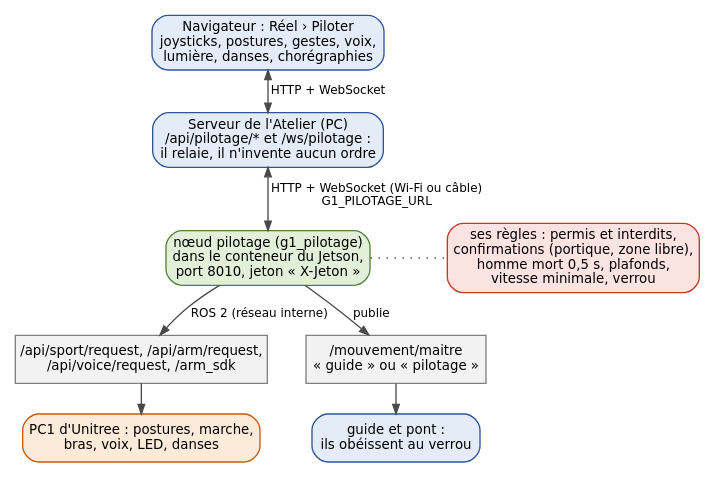
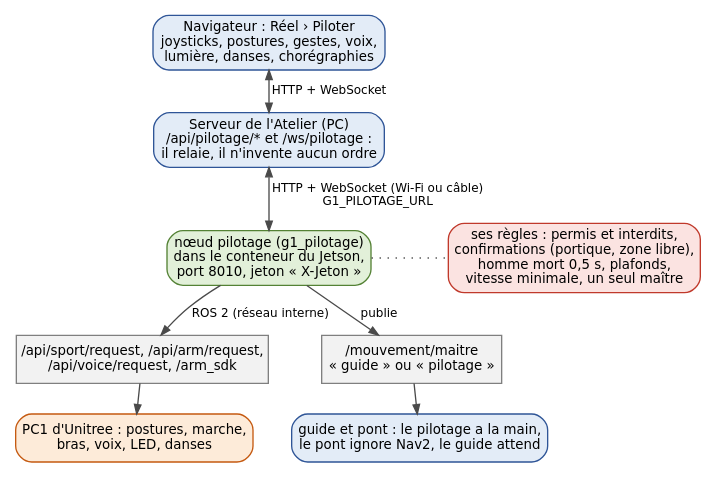
One commit to Toyer719/UnitreeG1edu_ESME changed the diagram in docs/word/sources/logiciel/schemas/pilotage.dot. Above: the diagram before and after it, drawn with Graphviz. The commit also changed 16 other files, not shown here.

```diff
--- a/docs/word/sources/logiciel/schemas/pilotage.dot
+++ b/docs/word/sources/logiciel/schemas/pilotage.dot
@@ -1,26 +1,26 @@
 // Le pilotage : HTTP et WebSocket jusqu'au conteneur (chapitre 8)
 digraph pilotage {
   graph [fontname="DejaVu Sans", fontsize=10.5, rankdir=TB, nodesep=0.4, ranksep=0.3, newrank=true];
   node  [fontname="DejaVu Sans", fontsize=10, shape=box, style="rounded,filled", fillcolor="#E3ECF7", color="#2F5597", margin="0.10,0.05"];
   edge  [fontname="DejaVu Sans", fontsize=9, color="#4A4A4A", arrowsize=0.7];
 
   page [label="Navigateur : Réel › Piloter\njoysticks, postures, gestes, voix,\nlumière, danses, chorégraphies"];
   atelier [label="Serveur de l'Atelier (PC)\n/api/pilotage/* et /ws/pilotage :\nil relaie, il n'invente aucun ordre"];
   noeud [label="nœud pilotage (g1_pilotage)\ndans le conteneur du Jetson,\nport 8010, jeton « X-Jeton »", fillcolor="#E2F0D9", color="#548235"];
-  regles [label="ses règles : permis et interdits,\nconfirmations (portique, zone libre),\nhomme mort 0,5 s, plafonds,\nvitesse minimale, verrou", fillcolor="#FBE3E1", color="#C0392B"];
+  regles [label="ses règles : permis et interdits,\nconfirmations (portique, zone libre),\nhomme mort 0,5 s, plafonds,\nvitesse minimale, un seul maître", fillcolor="#FBE3E1", color="#C0392B"];
   sujets [label="/api/sport/request, /api/arm/request,\n/api/voice/request, /arm_sdk", style="filled", fillcolor="#F2F2F2", color="#7F7F7F"];
   robot [label="PC1 d'Unitree : postures, marche,\nbras, voix, LED, danses", fillcolor="#FDEBD9", color="#C55A11"];
   maitre [label="/mouvement/maitre\n« guide » ou « pilotage »", style="filled", fillcolor="#F2F2F2", color="#7F7F7F"];
-  autres [label="guide et pont :\nils obéissent au verrou"];
+  autres [label="guide et pont : le pilotage a la main,\nle pont ignore Nav2, le guide attend"];
 
   page -> atelier [label=" HTTP + WebSocket", dir=both];
   atelier -> noeud [label=" HTTP + WebSocket (Wi-Fi ou câble)\n G1_PILOTAGE_URL", dir=both];
   noeud -> regles [arrowhead=none, style=dotted];
   noeud -> sujets [label=" ROS 2 (réseau interne)"];
   sujets -> robot;
   noeud -> maitre [label=" publie"];
   maitre -> autres;
   {rank=same; noeud; regles}
   {rank=same; sujets; maitre}
   {rank=same; robot; autres}
 }
```
